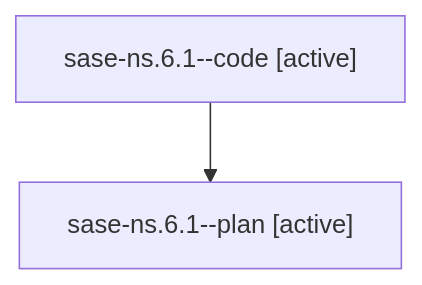
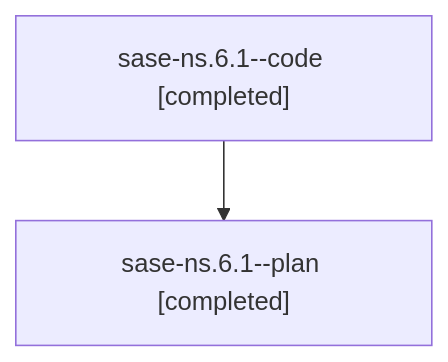
Before and after one commit to sase-org/sase--agents: the diagram in families/bbugyi200.athena.sase-ns.6.1.md, drawn with Mermaid. The commit also changed other lines of this file and 47 other files, not shown here.

````diff
--- a/families/bbugyi200.athena.sase-ns.6.1.md
+++ b/families/bbugyi200.athena.sase-ns.6.1.md
@@ -9,6 +9,6 @@
 ```mermaid
 flowchart TD
-  n0["sase-ns.6.1--code [active]"]
-  n1["sase-ns.6.1--plan [active]"]
+  n0["sase-ns.6.1--code [completed]"]
+  n1["sase-ns.6.1--plan [completed]"]
   n0 --> n1
 ```
````
